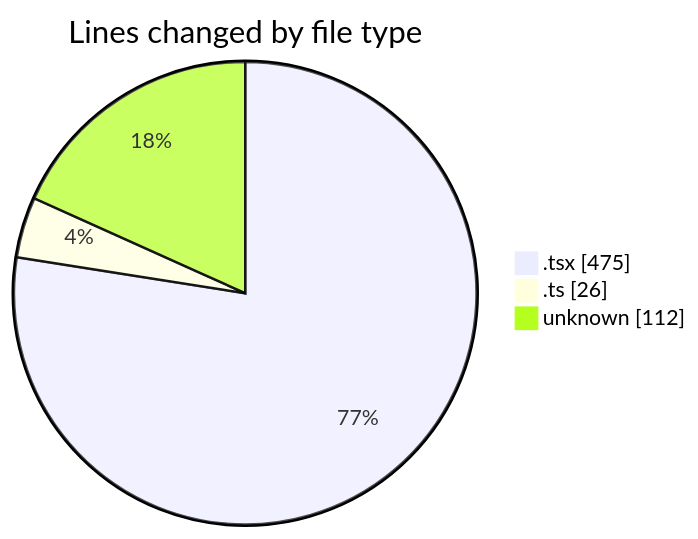
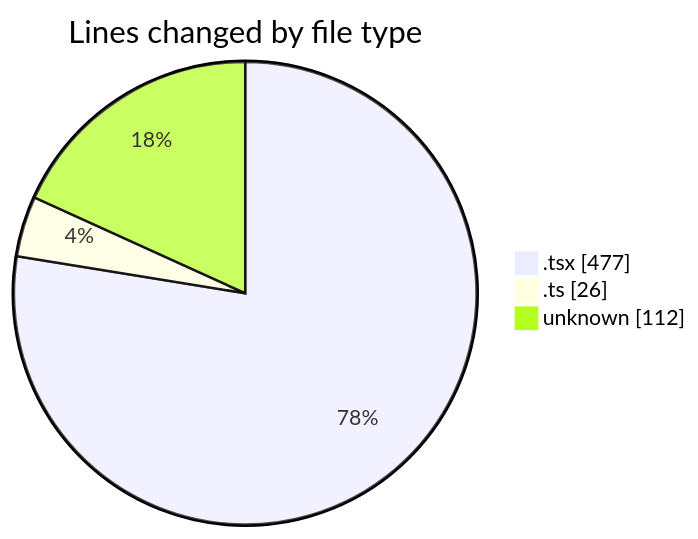
The first of 2 diagrams in 2026-04-28/cda/README.md (momahboobian/code-tracking), drawn with Mermaid before and after one commit. The commit also changed other lines of this file and 1 other file, not shown here.

````diff
--- a/2026-04-28/cda/README.md
+++ b/2026-04-28/cda/README.md
@@ -25,7 +25,7 @@
 ```mermaid
 pie showData
 title Lines changed by file type
-".tsx" : 475
+".tsx" : 477
 ".ts" : 26
 "unknown" : 112
 ```
````
